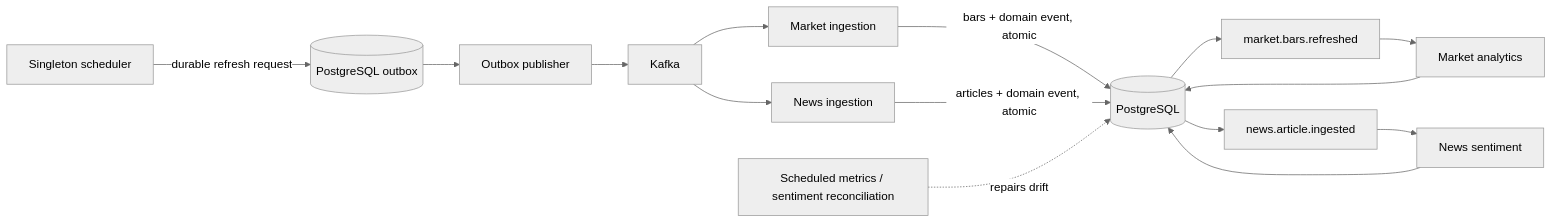
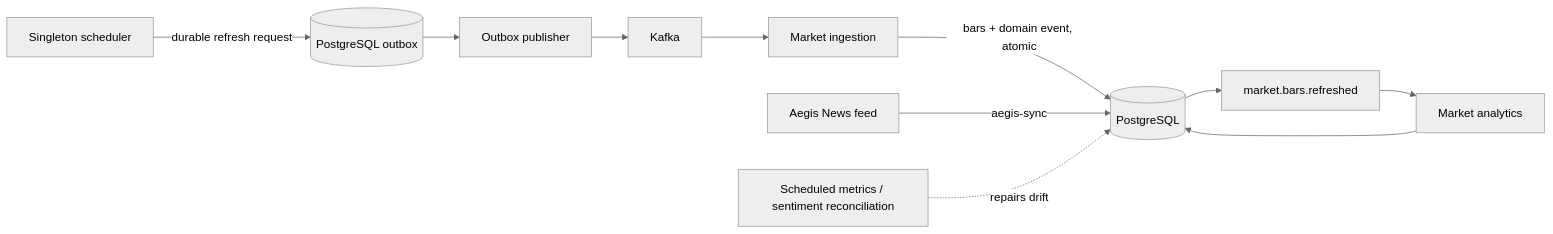
Before and after one commit to itsmanudon/stock-viz-simulator: the third of 3 diagrams in README.md, drawn with Mermaid (neutral theme). The commit also changed other lines of this file and 5 other files, not shown here.

````diff
--- a/README.md
+++ b/README.md
@@ -77,17 +77,13 @@
 ```mermaid
 flowchart LR
   Scheduler[Singleton scheduler] -->|durable refresh request| Outbox[(PostgreSQL outbox)]
   Outbox --> Publisher[Outbox publisher]
   Publisher --> Kafka[Kafka]
   Kafka --> MarketIngest[Market ingestion]
-  Kafka --> NewsIngest[News ingestion]
   MarketIngest -->|bars + domain event, atomic| PG[(PostgreSQL)]
-  NewsIngest -->|articles + domain event, atomic| PG
   PG --> MarketEvent[market.bars.refreshed]
-  PG --> NewsEvent[news.article.ingested]
   MarketEvent --> Analytics[Market analytics]
-  NewsEvent --> Sentiment[News sentiment]
   Analytics --> PG
-  Sentiment --> PG
+  Aegis[Aegis News feed] -->|aegis-sync| PG
   Reconcile[Scheduled metrics / sentiment reconciliation] -. repairs drift .-> PG
 ```
````
